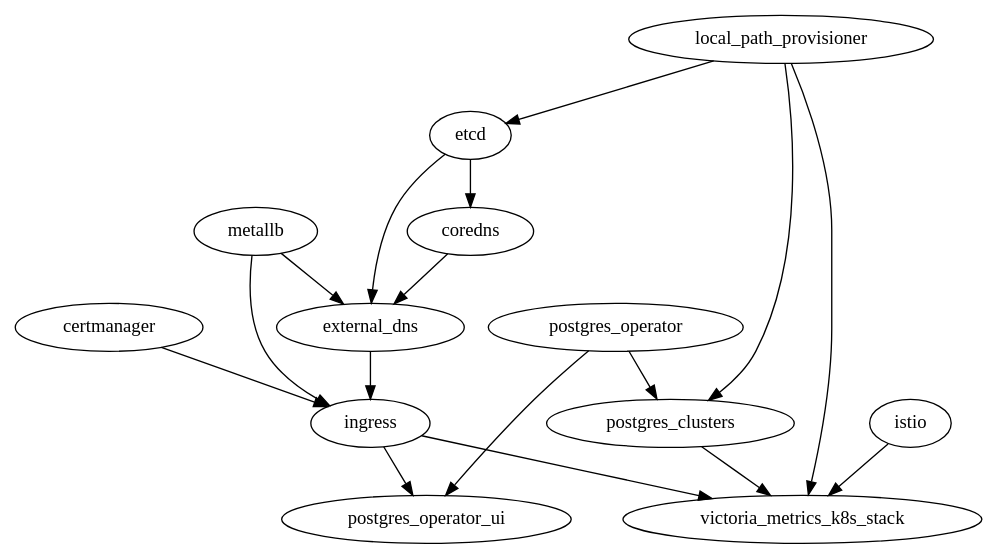
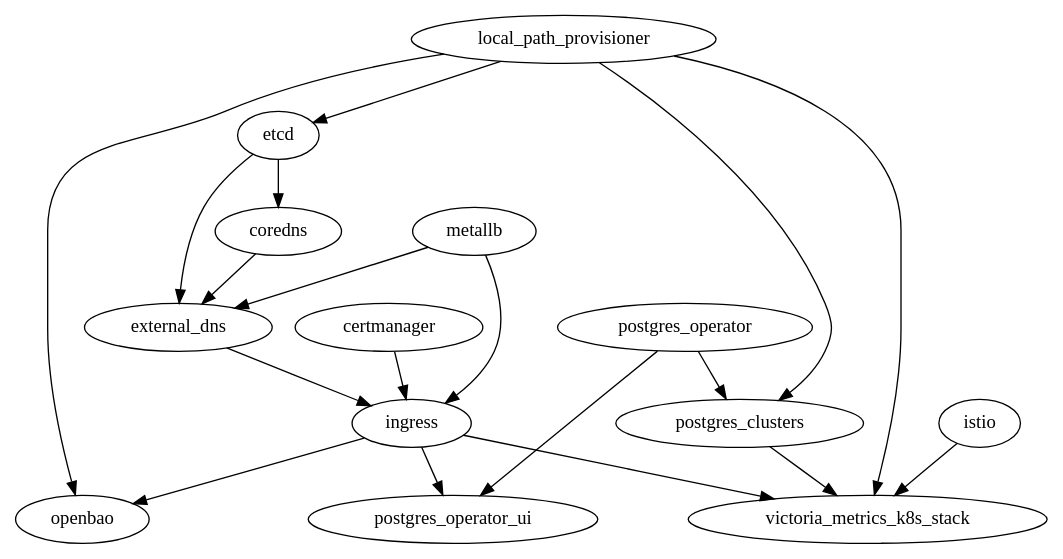
Before and after one commit to digitalstudium/devops-homelab: the diagram in diagrams/graph.dot, drawn with Graphviz. The commit also changed 8 other files, not shown here.

```diff
--- a/diagrams/graph.dot
+++ b/diagrams/graph.dot
@@ -1,18 +1,20 @@
 digraph G {
   local_path_provisioner -> etcd;
+  local_path_provisioner -> openbao;
   metallb -> ingress;
   metallb -> external_dns;
   etcd -> external_dns;
   coredns -> external_dns;
   etcd -> coredns;
   certmanager -> ingress;
   external_dns -> ingress;
   postgres_operator -> postgres_operator_ui;
   postgres_operator -> postgres_clusters;
   local_path_provisioner -> postgres_clusters;
   ingress-> postgres_operator_ui;
+  ingress-> openbao;
   ingress-> victoria_metrics_k8s_stack;
   local_path_provisioner-> victoria_metrics_k8s_stack;
   istio->victoria_metrics_k8s_stack;
   postgres_clusters->victoria_metrics_k8s_stack;
 }
```
